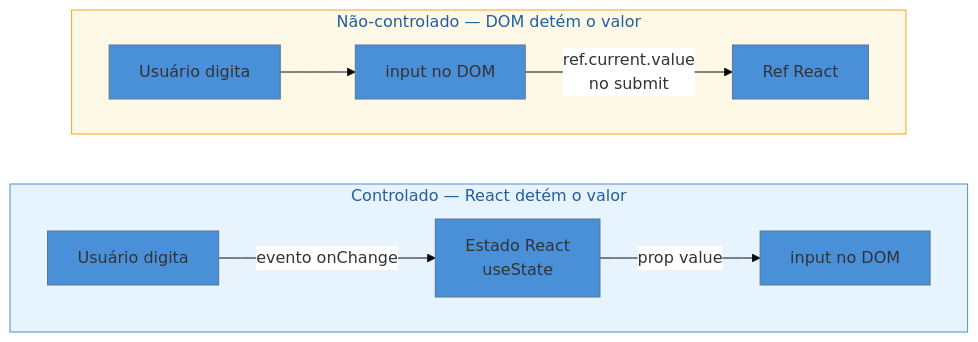
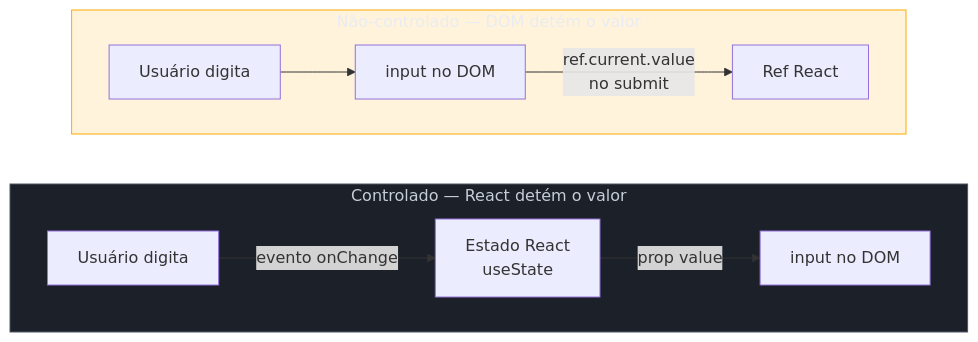
One commit to josenaldo/codex-technomanticus changed the diagram in 03-Dominios/Tecnologia/React/Design Patterns/03 - Controlled vs Uncontrolled.md. Above: the diagram before and after it, drawn with Mermaid. The commit also changed 1181 other files, not shown here.

First line of the commit message:
fix(diagramas): paleta do sistema no lugar de cor cravada no markdown

````diff
--- a/03-Dominios/Tecnologia/React/Design Patterns/03 - Controlled vs Uncontrolled.md
+++ b/03-Dominios/Tecnologia/React/Design Patterns/03 - Controlled vs Uncontrolled.md
@@ -142,18 +142,19 @@
 ```mermaid
-%%{init: {"theme": "base", "themeVariables": {"primaryColor": "#4A90D9", "edgeLabelBackground": "#fff"}}}%%
 flowchart LR
+    classDef neutro fill:#1B2029,stroke:#4E5666,color:#C6CCD8
+    classDef destaque fill:#FFAA0024,stroke:#FFAA00,color:#E9ECF2
     subgraph CONTROLADO["Controlado — React detém o valor"]
         direction LR
         U1[Usuário digita] -->|evento onChange| S[Estado React\nuseState]
         S -->|prop value| I1[input no DOM]
     end
 
     subgraph NAOCONTROLADO["Não-controlado — DOM detém o valor"]
         direction LR
         U2[Usuário digita] --> I2[input no DOM]
         I2 -->|ref.current.value\nno submit| R[Ref React]
     end
 
-    style CONTROLADO fill:#e8f4fd,stroke:#4A90D9
-    style NAOCONTROLADO fill:#fef9e7,stroke:#F5A623
+    class CONTROLADO neutro
+    class NAOCONTROLADO destaque
 ```
````
